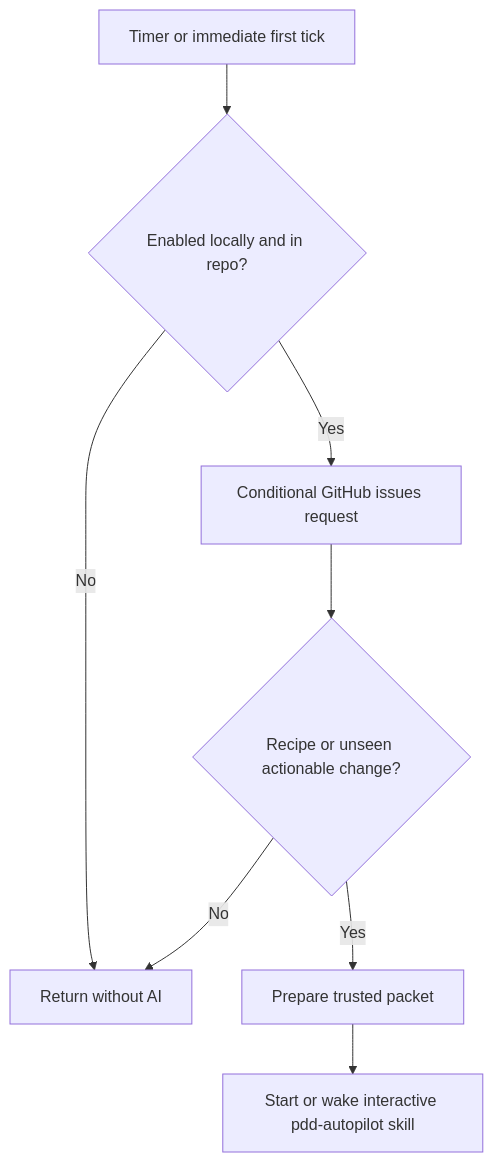
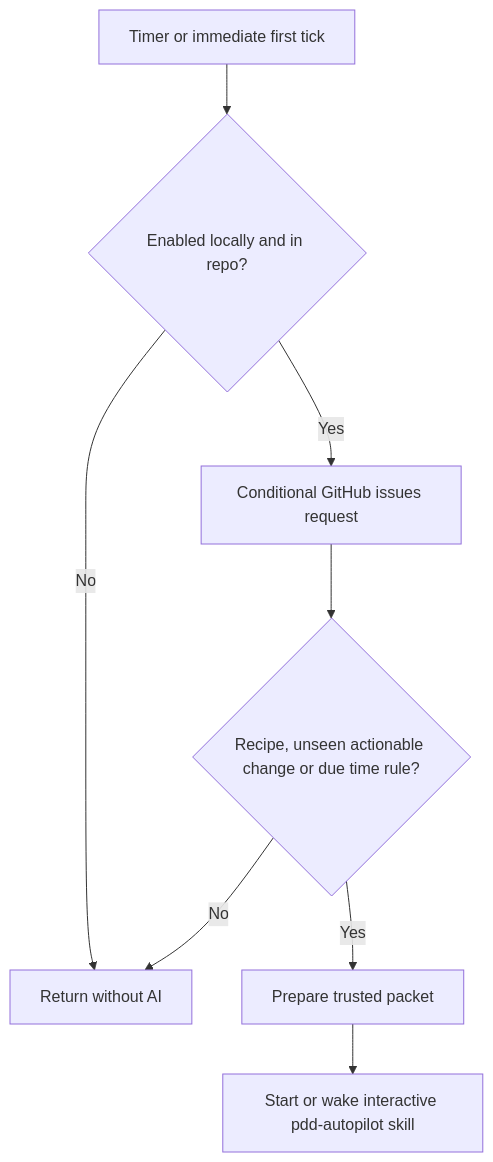
Before and after one commit to promptdriven/pdd: the diagram in prompts/cli/autopilot-launcher.prompt.md, drawn with Mermaid. The commit also changed other lines of this file and 2 other files, not shown here.

````diff
--- a/prompts/cli/autopilot-launcher.prompt.md
+++ b/prompts/cli/autopilot-launcher.prompt.md
@@ -72,10 +72,10 @@
 ```mermaid
 flowchart TD
     T[Timer or immediate first tick] --> S{Enabled locally and in repo?}
     S -->|No| E[Return without AI]
     S -->|Yes| Q[Conditional GitHub issues request]
-    Q --> W{Recipe or unseen actionable change?}
+    Q --> W{Recipe, unseen actionable change or due time rule?}
     W -->|No| E
     W -->|Yes| P[Prepare trusted packet]
     P --> A[Start or wake interactive pdd-autopilot skill]
 ```
````
